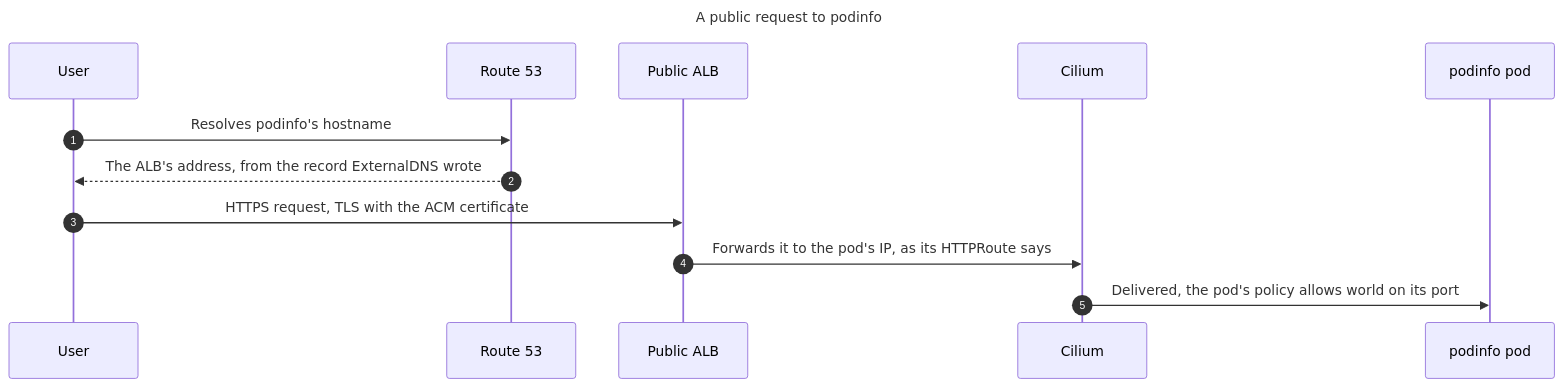
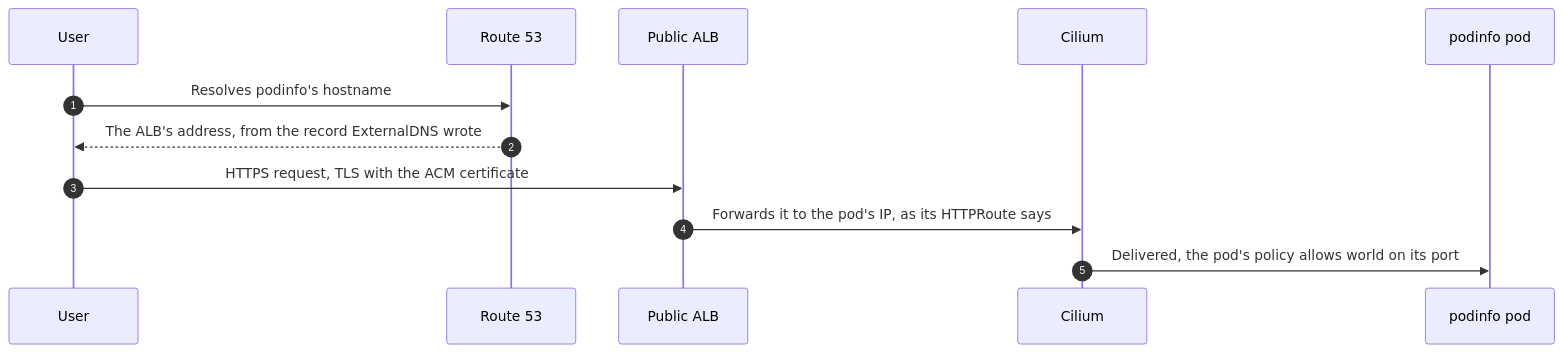
The third of 3 diagrams in site/docs/architecture/index.md (ConsciousML/eks-forge), drawn with Mermaid before and after one commit. The commit also changed other lines of this file, not shown here.

Commit message:
docs: rework the architecture diagrams and put the platform first

````diff
--- a/site/docs/architecture/index.md
+++ b/site/docs/architecture/index.md
@@ -83,17 +139,14 @@
 ```mermaid
----
-title: A public request to podinfo
----
 sequenceDiagram
     autonumber
     participant user as User
     participant r53 as Route 53
     participant alb as Public ALB
     participant cilium as Cilium
     participant pod as podinfo pod
     user->>r53: Resolves podinfo's hostname
     r53-->>user: The ALB's address, from the record ExternalDNS wrote
     user->>alb: HTTPS request, TLS with the ACM certificate
     alb->>cilium: Forwards it to the pod's IP, as its HTTPRoute says
     cilium->>pod: Delivered, the pod's policy allows world on its port
 ```
````
